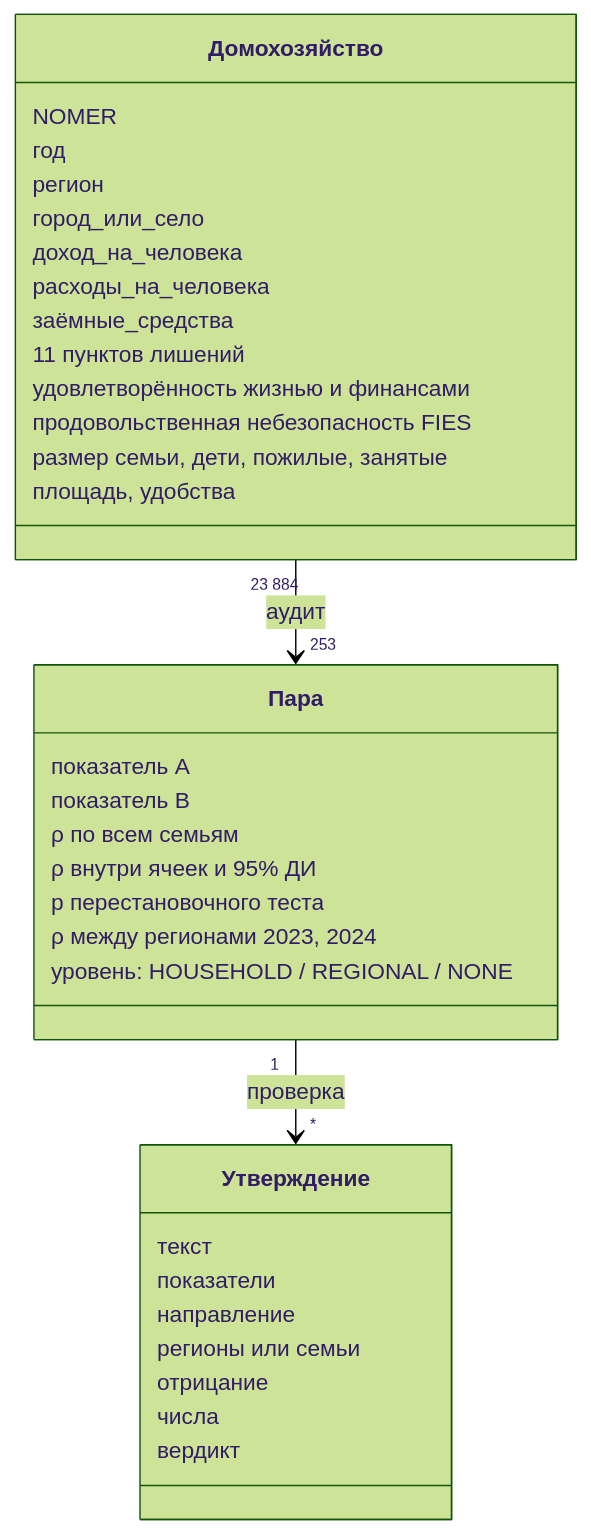
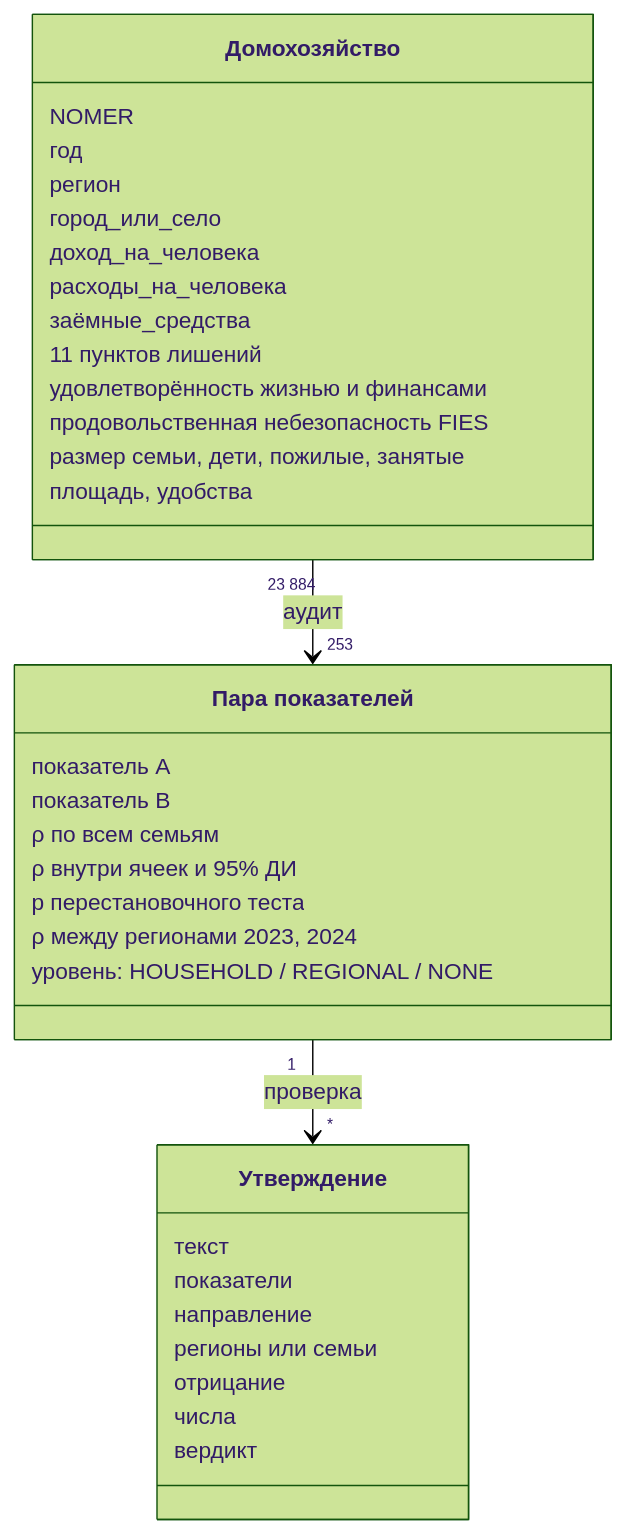
Before and after one commit to nvrrmindd/statproof: the eighth of 8 diagrams in docs/ARCHITECTURE.md, drawn with Mermaid (forest theme).

Commit message:
upd class diagram ids

````diff
--- a/docs/ARCHITECTURE.md
+++ b/docs/ARCHITECTURE.md
@@ -173,37 +173,37 @@
 ```mermaid
 classDiagram
-    class Домохозяйство {
+    class Household["Домохозяйство"] {
         NOMER
         год
         регион
         город_или_село
         доход_на_человека
         расходы_на_человека
         заёмные_средства
         11 пунктов лишений
         удовлетворённость жизнью и финансами
         продовольственная небезопасность FIES
         размер семьи, дети, пожилые, занятые
         площадь, удобства
     }
-    class Пара {
+    class Pair["Пара показателей"] {
         показатель A
         показатель B
         ρ по всем семьям
         ρ внутри ячеек и 95% ДИ
         p перестановочного теста
         ρ между регионами 2023, 2024
         уровень: HOUSEHOLD / REGIONAL / NONE
     }
-    class Утверждение {
+    class Claim["Утверждение"] {
         текст
         показатели
         направление
         регионы или семьи
         отрицание
         числа
         вердикт
     }
-    Домохозяйство "23 884" --> "253" Пара : аудит
-    Пара "1" --> "*" Утверждение : проверка
+    Household "23 884" --> "253" Pair : аудит
+    Pair "1" --> "*" Claim : проверка
 ```
````
